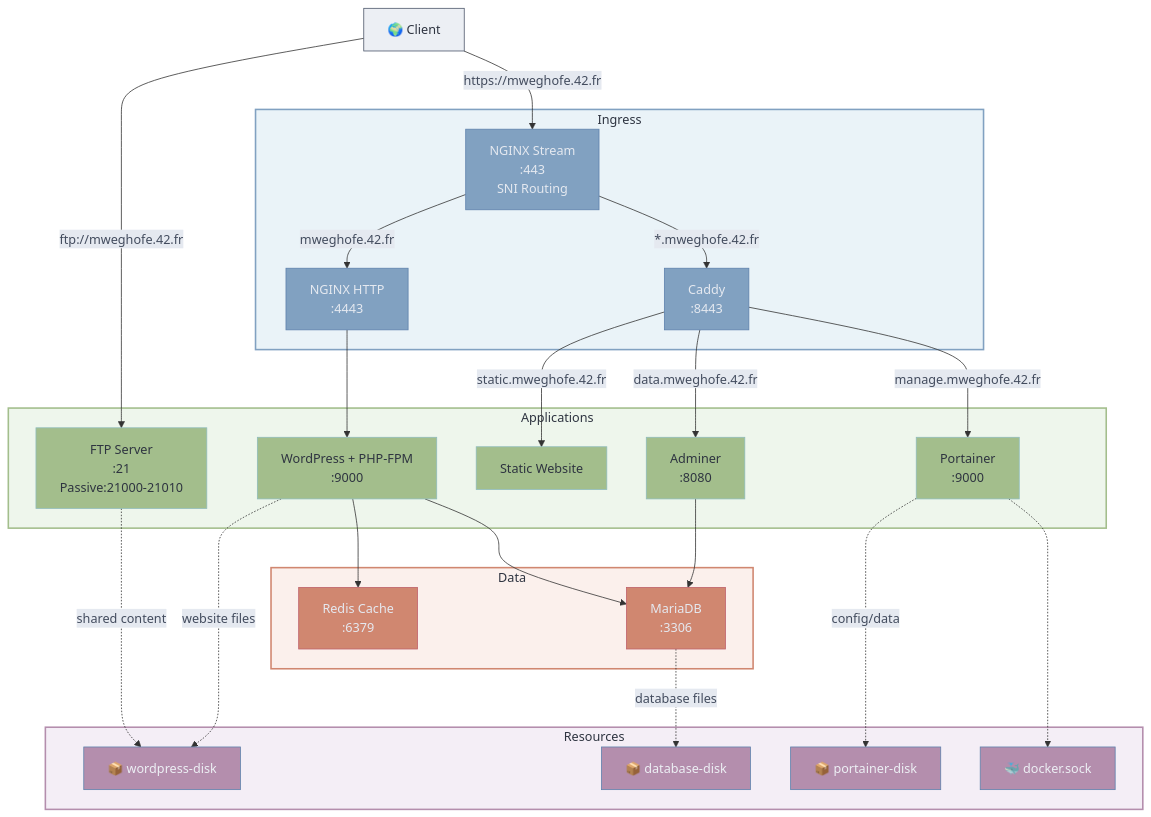
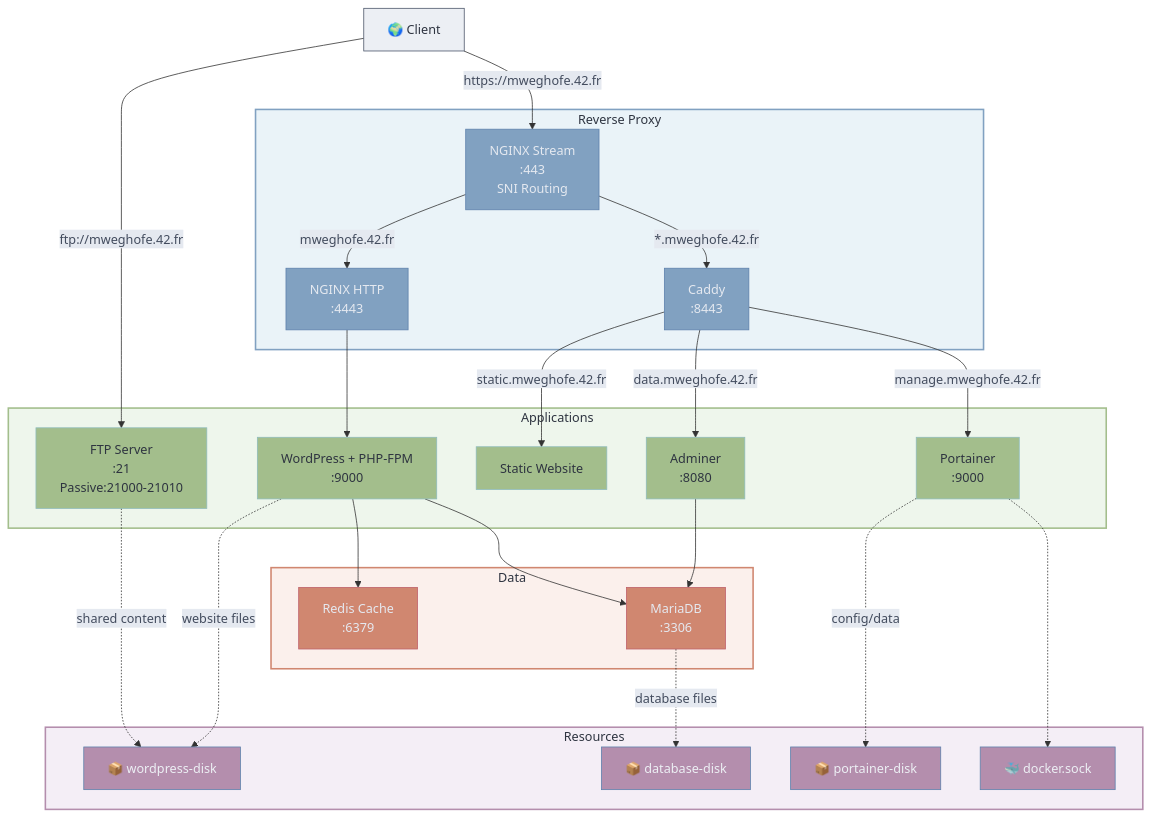
The diagram in README.md (dltslt/42-Inception), drawn with Mermaid before and after one commit.

Commit message:
docs: diagram label

```diff
--- a/README.md
+++ b/README.md
@@ -15,7 +15,7 @@
 
     Client["🌍 Client"]
 
-    subgraph Ingress
+    subgraph ReverseProxy["Reverse Proxy"]
         Stream["NGINX Stream<br/>:443<br/>SNI Routing"]
         Http["NGINX HTTP<br/>:4443"]
         Caddy["Caddy<br/>:8443"]
@@ -73,7 +73,7 @@
     %% Nord Theme
 
     %% Subgraphs
-    style Ingress fill:#EAF3F8,stroke:#81A1C1,stroke-width:2px,color:#2E3440
+    style ReverseProxy fill:#EAF3F8,stroke:#81A1C1,stroke-width:2px,color:#2E3440
     style Applications fill:#EEF6EC,stroke:#A3BE8C,stroke-width:2px,color:#2E3440
     style Data fill:#FBF0EC,stroke:#D08770,stroke-width:2px,color:#2E3440
     style Resources fill:#F4EEF6,stroke:#B48EAD,stroke-width:2px,color:#2E3440
@@ -90,7 +90,7 @@
     %% Nodes
     classDef user fill:#ECEFF4,stroke:#4C566A,color:#2E3440
 
-    classDef ingress fill:#81A1C1,stroke:#5E81AC,color:#E5E9F0
+    classDef reverseProxy fill:#81A1C1,stroke:#5E81AC,color:#E5E9F0
     classDef app fill:#A3BE8C,stroke:#8FBCBB,color:#2E3440
     classDef data fill:#D08770,stroke:#BF616A,color:#E5E9F0
     classDef resource fill:#B48EAD,stroke:#5E81AC,color:#E5E9F0
@@ -99,7 +99,7 @@
 
     class Client user
 
-    class Stream,Http,Caddy ingress
+    class Stream,Http,Caddy reverseProxy
 
     class WordPress,Adminer,StaticSite,Portainer,FTP app
 
```
